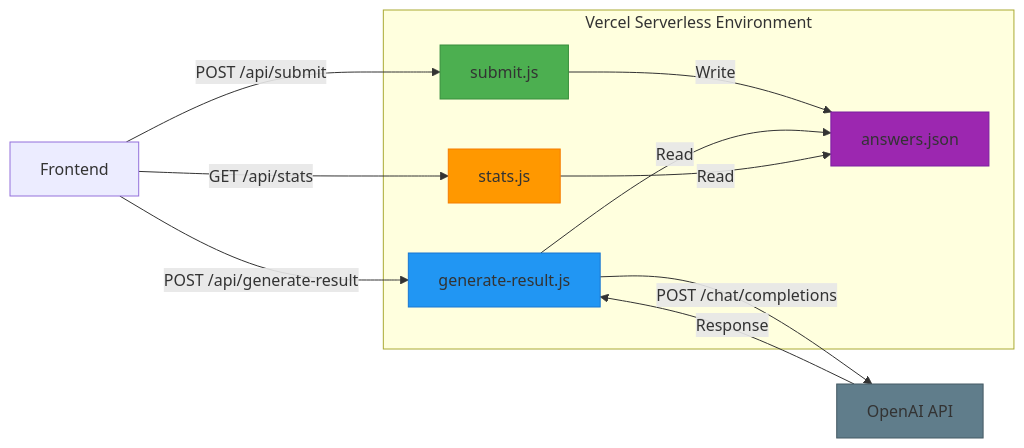
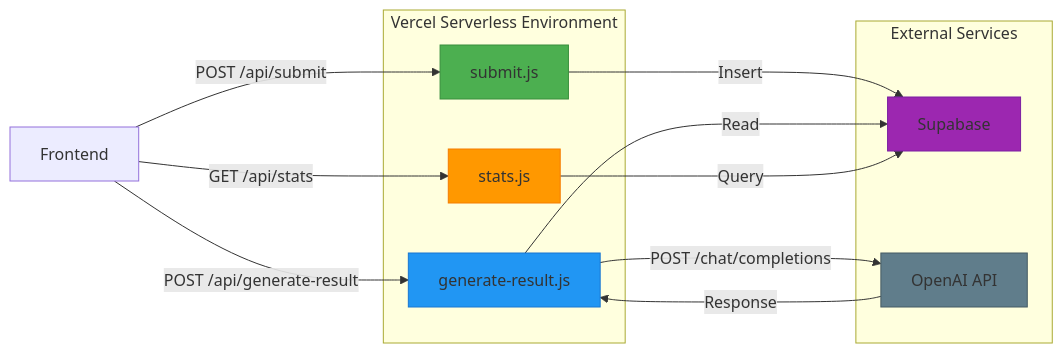
One commit to lommaks777/alena changed the second of 6 diagrams in .qoder/repowiki/en/content/Backend Architecture/Backend Architecture.md. Above: the diagram before and after it, drawn with Mermaid. The commit also changed other lines of this file and 19 other files, not shown here.

````diff
--- a/.qoder/repowiki/en/content/Backend Architecture/Backend Architecture.md
+++ b/.qoder/repowiki/en/content/Backend Architecture/Backend Architecture.md
@@ -92,22 +101,25 @@
 ```mermaid
 graph LR
 F[Frontend] --> |POST /api/submit| B[submit.js]
 F --> |POST /api/generate-result| C[generate-result.js]
 F --> |GET /api/stats| D[stats.js]
-B --> |Write| A[answers.json]
-C --> |Read| A
-D --> |Read| A
+B --> |Insert| S[Supabase]
+C --> |Read| S
+D --> |Query| S
 C --> |POST /chat/completions| O[OpenAI API]
 O --> |Response| C
 subgraph "Vercel Serverless Environment"
 B
 C
 D
-A
+end
+subgraph "External Services"
+S[Supabase]
+O[OpenAI API]
 end
 style B fill:#4CAF50,stroke:#388E3C
 style C fill:#2196F3,stroke:#1976D2
 style D fill:#FF9800,stroke:#F57C00
-style A fill:#9C27B0,stroke:#7B1FA2
+style S fill:#9C27B0,stroke:#7B1FA2
 style O fill:#607D8B,stroke:#455A64
 ```
````
